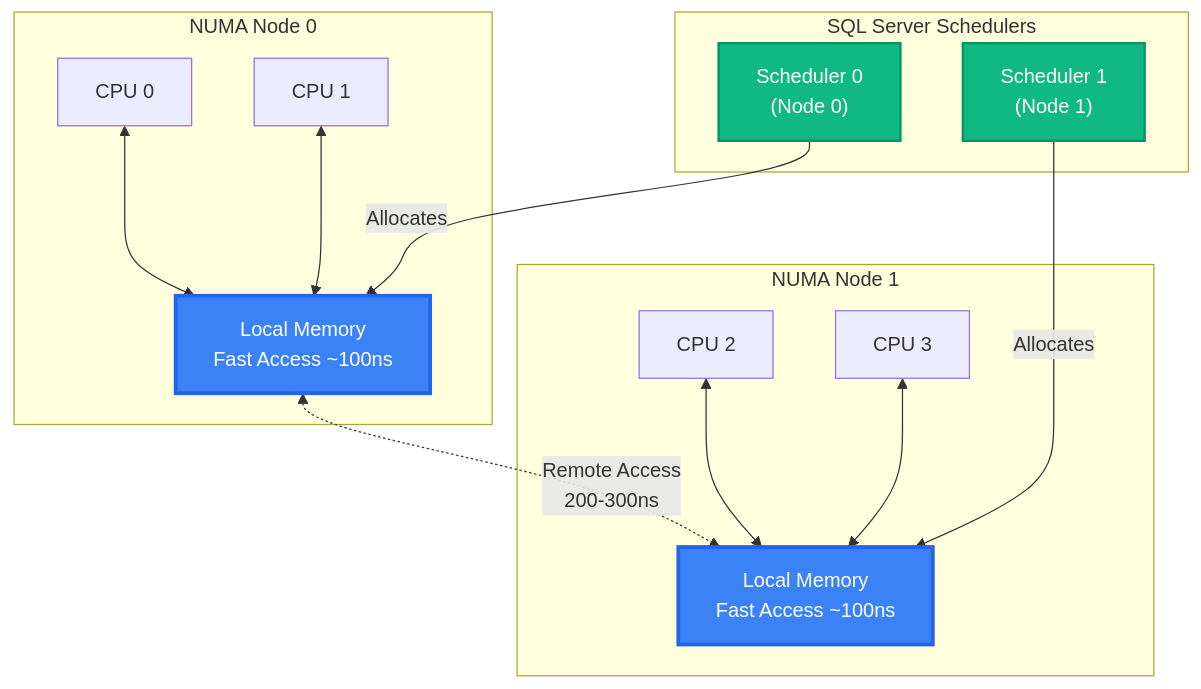
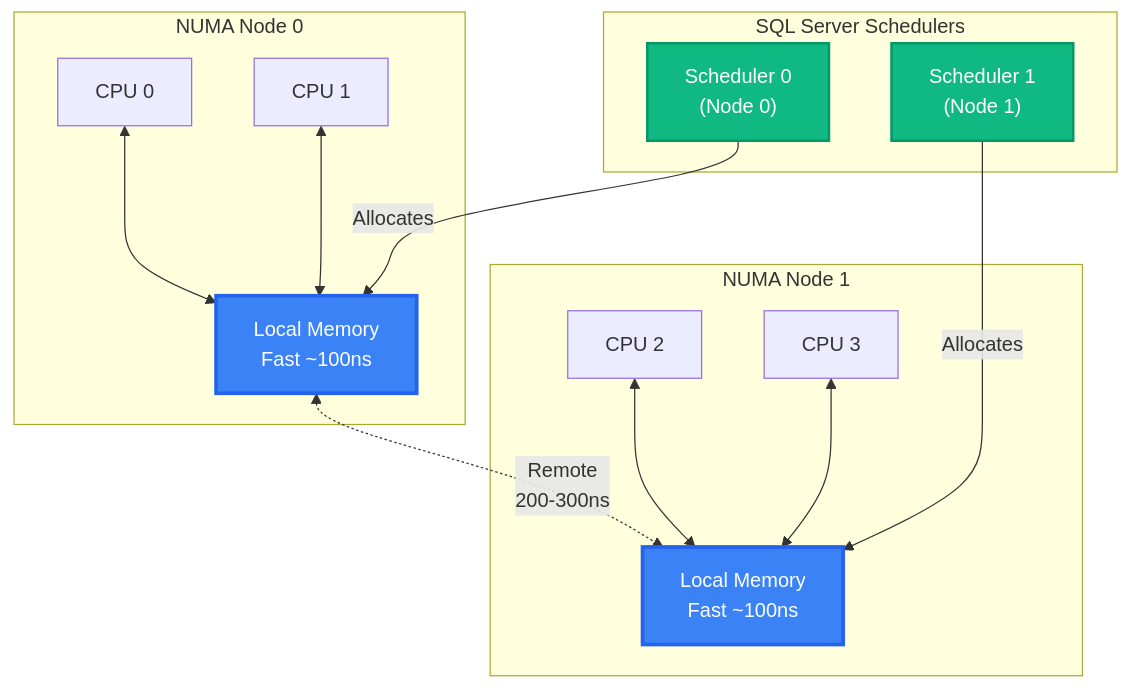
Before and after one commit to phakkhaphong/sql-server-performance-tuning: the first of 7 diagrams in Module_04_Memory/README.md, drawn with Mermaid. The commit also changed other lines of this file, not shown here.

Commit message:
Refactor README diagrams for SQL Server Memory Models, enhancing clarity by simplifying annotations, improving terminology consistency, and updating visual representations of memory allocation processes and performance indicators.

````diff
--- a/Module_04_Memory/README.md
+++ b/Module_04_Memory/README.md
@@ -37,33 +37,33 @@
 ```mermaid
 flowchart TB
     subgraph Node0["NUMA Node 0"]
         CPU0A["CPU 0"]
         CPU0B["CPU 1"]
-        LocalMem0["Local Memory<br/>Fast Access ~100ns"]
+        LocalMem0["Local Memory<br/>Fast ~100ns"]
         CPU0A <--> LocalMem0
         CPU0B <--> LocalMem0
     end
     
     subgraph Node1["NUMA Node 1"]
         CPU1A["CPU 2"]
         CPU1B["CPU 3"]
-        LocalMem1["Local Memory<br/>Fast Access ~100ns"]
+        LocalMem1["Local Memory<br/>Fast ~100ns"]
         CPU1A <--> LocalMem1
         CPU1B <--> LocalMem1
     end
     
     subgraph SQLServer2["SQL Server Schedulers"]
         Scheduler0["Scheduler 0<br/>(Node 0)"]
         Scheduler1["Scheduler 1<br/>(Node 1)"]
     end
     
-    LocalMem0 <-.->|Remote Access<br/>200-300ns| LocalMem1
+    LocalMem0 <-.->|Remote<br/>200-300ns| LocalMem1
     
     Scheduler0 -->|Allocates| LocalMem0
     Scheduler1 -->|Allocates| LocalMem1
     
     style LocalMem0 fill:#3b82f6,stroke:#2563eb,stroke-width:3px,color:#fff
     style LocalMem1 fill:#3b82f6,stroke:#2563eb,stroke-width:3px,color:#fff
     style Scheduler0 fill:#10b981,stroke:#059669,stroke-width:2px,color:#fff
     style Scheduler1 fill:#10b981,stroke:#059669,stroke-width:2px,color:#fff
 ```
````
